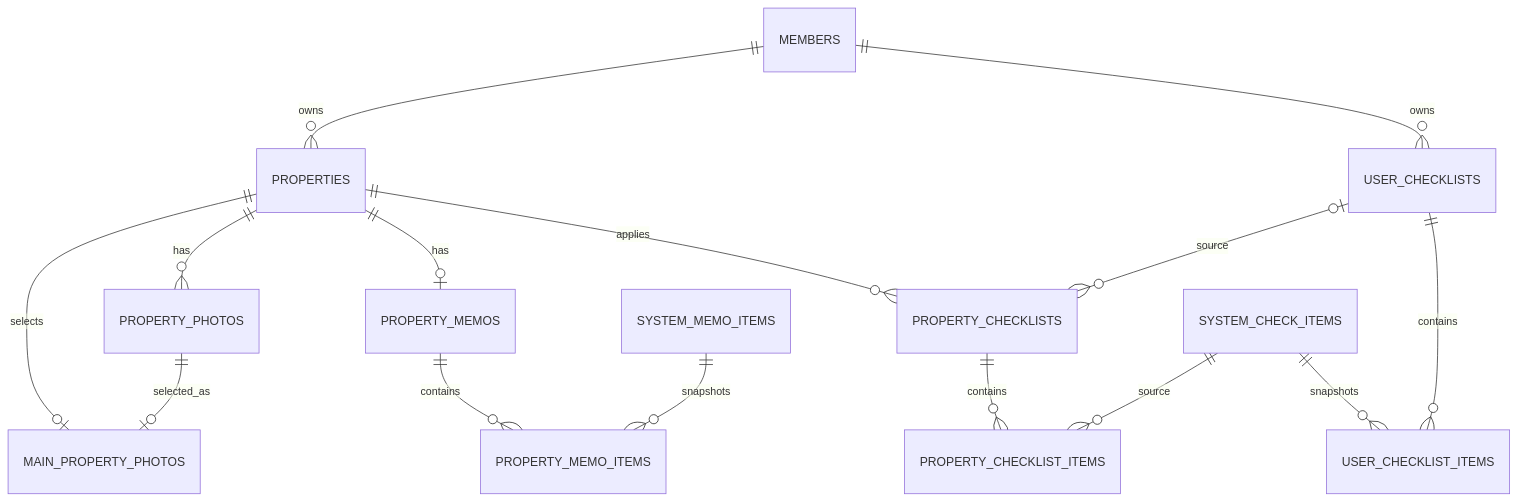
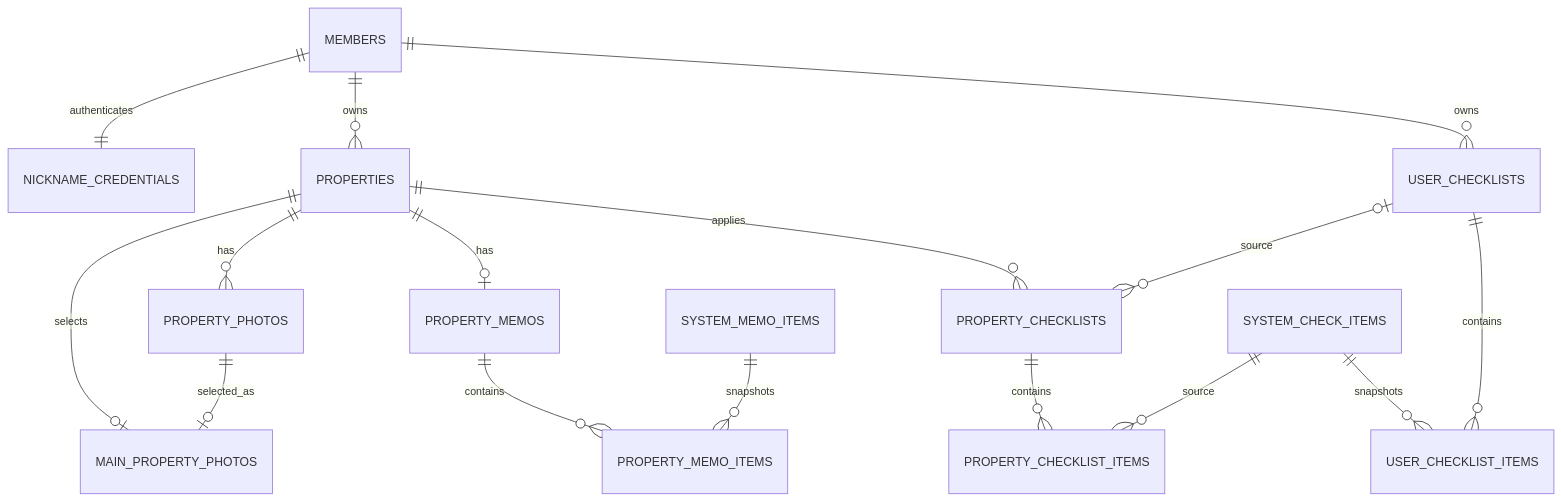
One commit to Jachwi-Sunbae-Playground/moca-mvp2 changed the diagram in backend/docs/architecture/mvp2-data-model.md. Above: the diagram before and after it, drawn with Mermaid. The commit also changed other lines of this file and 106 other files, not shown here.

````diff
--- a/backend/docs/architecture/mvp2-data-model.md
+++ b/backend/docs/architecture/mvp2-data-model.md
@@ -16,17 +16,18 @@
 ```mermaid
 erDiagram
+    MEMBERS ||--|| NICKNAME_CREDENTIALS : authenticates
     MEMBERS ||--o{ PROPERTIES : owns
     MEMBERS ||--o{ USER_CHECKLISTS : owns
     PROPERTIES ||--o{ PROPERTY_PHOTOS : has
     PROPERTIES ||--o| MAIN_PROPERTY_PHOTOS : selects
     PROPERTY_PHOTOS ||--o| MAIN_PROPERTY_PHOTOS : selected_as
     PROPERTIES ||--o| PROPERTY_MEMOS : has
     PROPERTY_MEMOS ||--o{ PROPERTY_MEMO_ITEMS : contains
     SYSTEM_MEMO_ITEMS ||--o{ PROPERTY_MEMO_ITEMS : snapshots
     SYSTEM_CHECK_ITEMS ||--o{ USER_CHECKLIST_ITEMS : snapshots
     USER_CHECKLISTS ||--o{ USER_CHECKLIST_ITEMS : contains
     PROPERTIES ||--o{ PROPERTY_CHECKLISTS : applies
     USER_CHECKLISTS o|--o{ PROPERTY_CHECKLISTS : source
     PROPERTY_CHECKLISTS ||--o{ PROPERTY_CHECKLIST_ITEMS : contains
     SYSTEM_CHECK_ITEMS ||--o{ PROPERTY_CHECKLIST_ITEMS : source
 ```
````
